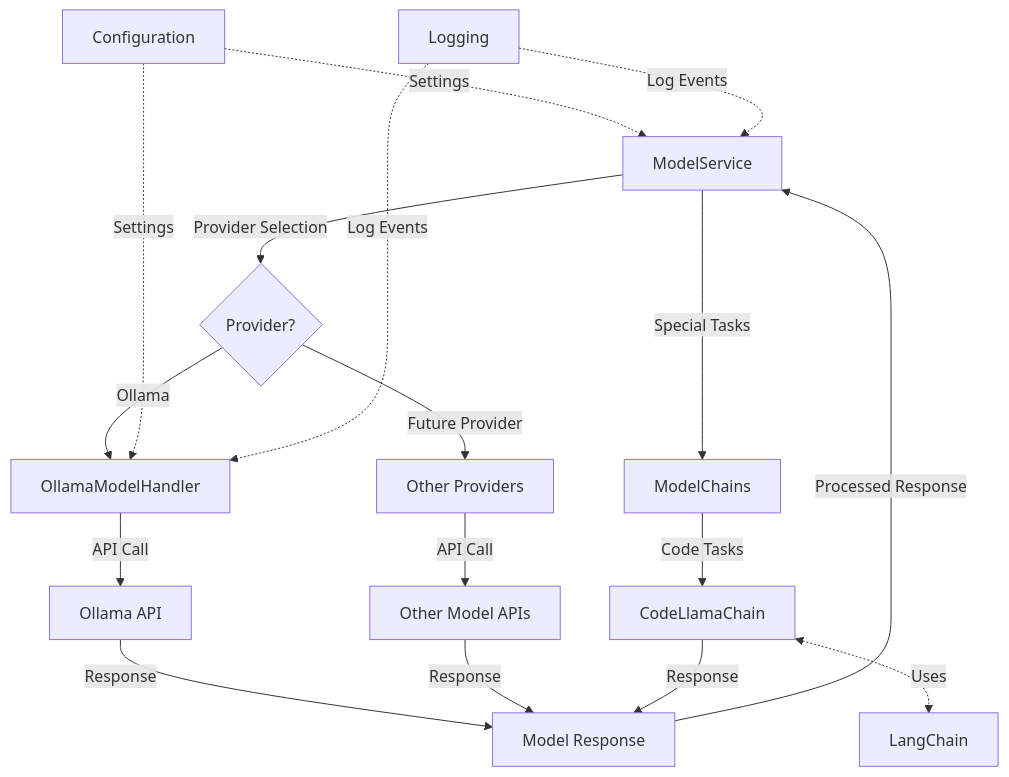
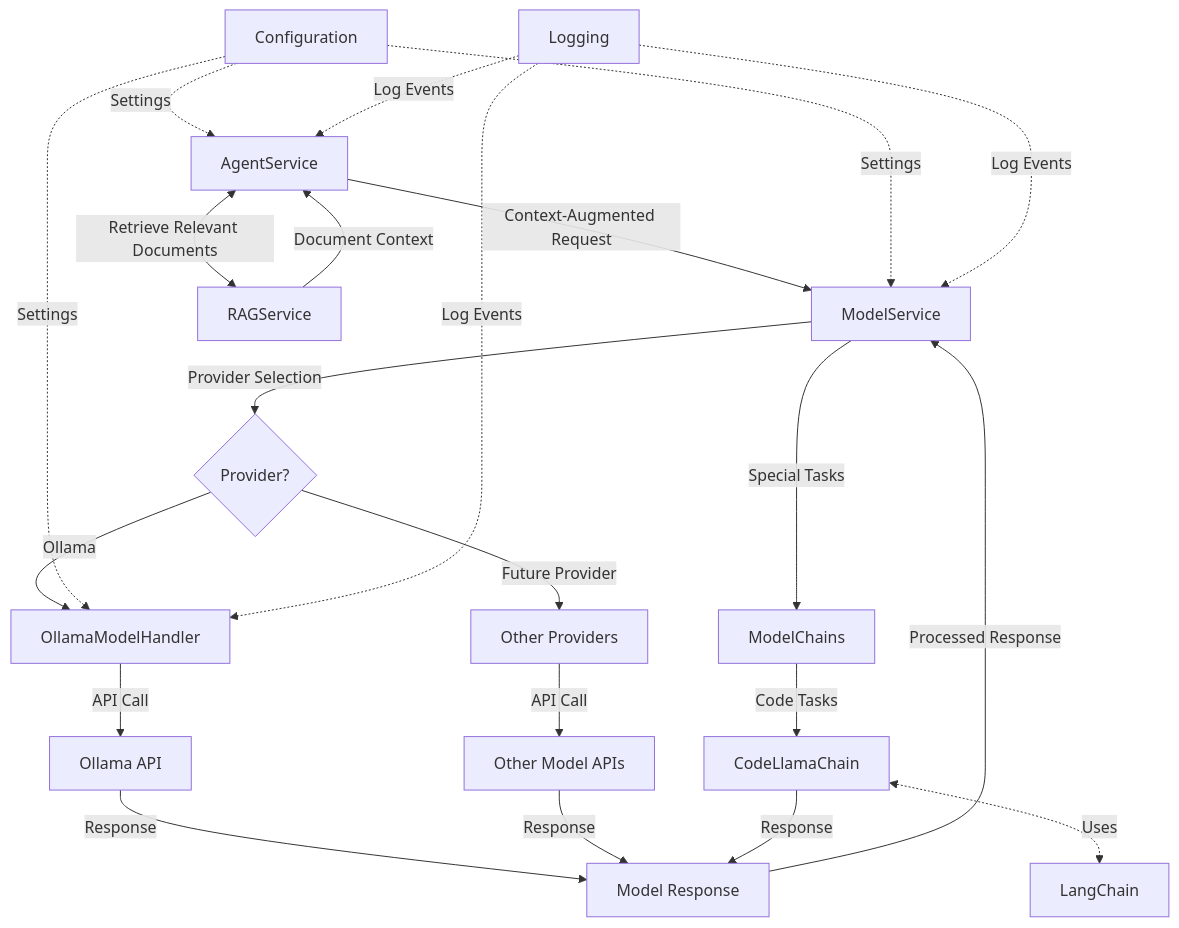
One commit to Taja992/AiAgentTemplate changed the third of 5 diagrams in README.md. Above: the diagram before and after it, drawn with Mermaid. The commit also changed other lines of this file and 1 other file, not shown here.

````diff
--- a/README.md
+++ b/README.md
@@ -209,28 +230,35 @@
 ```mermaid
 graph TD
     %% Model Provider Layer
     E[ModelService] -->|Provider Selection| F{Provider?}
     F -->|Ollama| G[OllamaModelHandler]
     F -->|Future Provider| H[Other Providers]
     E -->|Special Tasks| R[ModelChains]
     R -->|Code Tasks| S[CodeLlamaChain]
     
     %% Model Interaction
     G -->|API Call| I[Ollama API]
     H -->|API Call| J[Other Model APIs]
     
     %% Response Flow
     I -->|Response| K[Model Response]
     J -->|Response| K
     S -->|Response| K
     K -->|Processed Response| E
     
+    %% AgentService-RAG Integration - UPDATED
+    D[AgentService] -->|Context-Augmented Request| E
+    D <-->|Retrieve Relevant Documents| X[RAGService]
+    X -->|Document Context| D
+    
     %% LangChain Integration
     S <-.->|Uses| T[LangChain]
     
     %% Configuration & Logging
     L[Configuration] -.->|Settings| E
     L -.->|Settings| G
+    L -.->|Settings| D
     M[Logging] -.->|Log Events| E
     M[Logging] -.->|Log Events| G
+    M[Logging] -.->|Log Events| D
 ```
````
